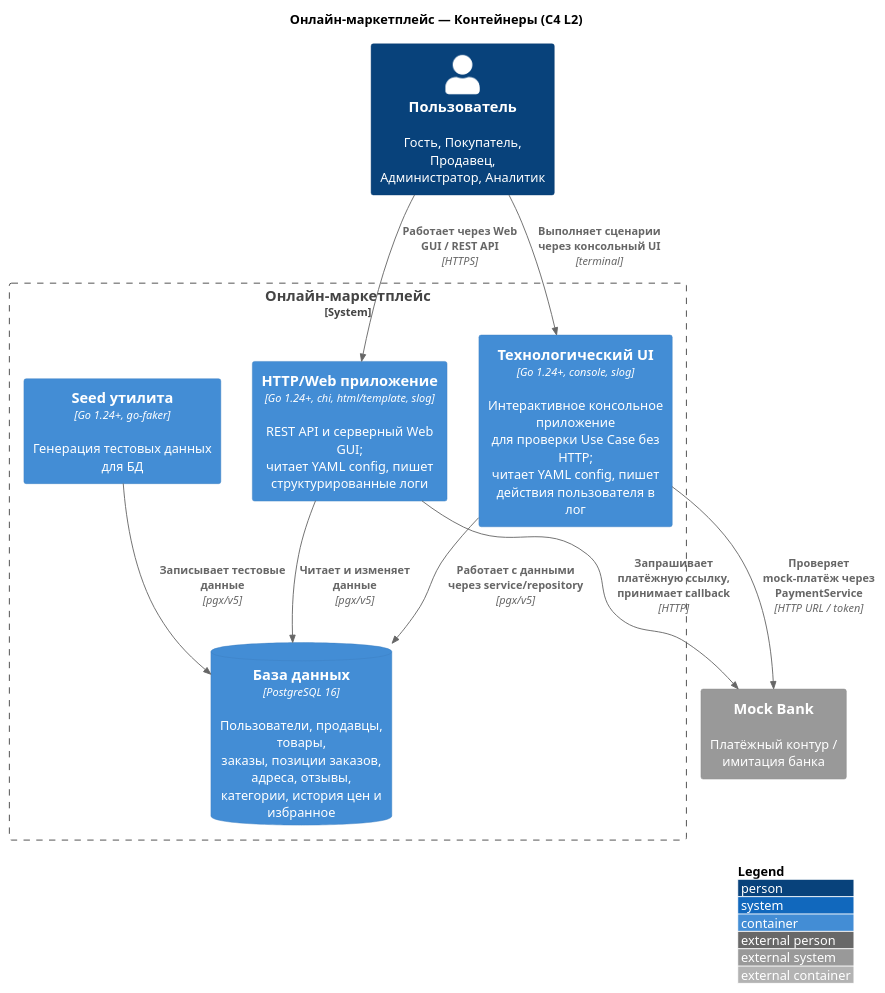
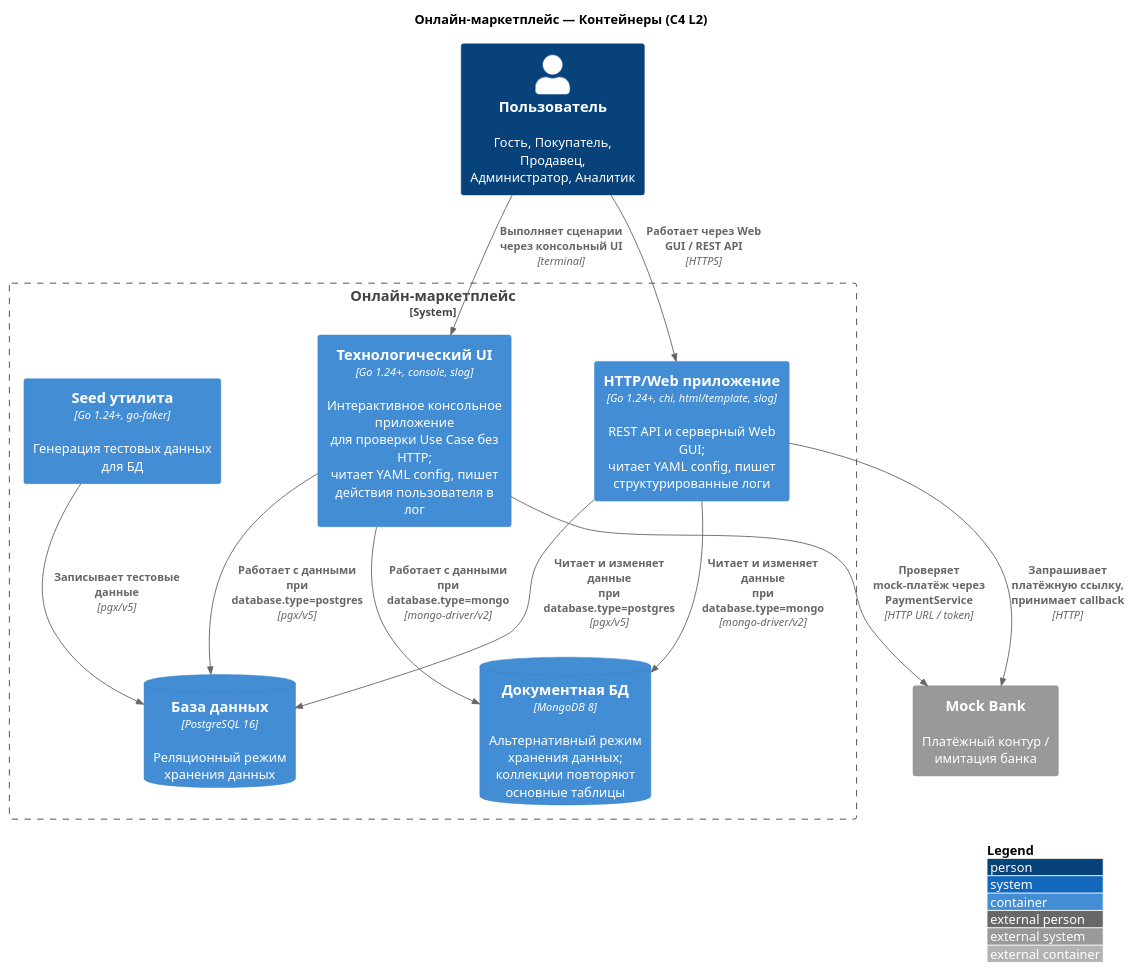
One commit to beastixq/marketplace changed the diagram in diagrams/src/C4_L2.puml. Above: the diagram before and after it, drawn with PlantUML. The commit also changed 31 other files, not shown here.

```diff
--- a/diagrams/src/C4_L2.puml
+++ b/diagrams/src/C4_L2.puml
@@ -1,29 +1,32 @@
 @startuml C4_L2
 !include <C4/C4_Container>
 
 title Онлайн-маркетплейс — Контейнеры (C4 L2)
 
 Person(webUser, "Пользователь", "Гость, Покупатель, Продавец,\nАдминистратор, Аналитик")
 
 System_Ext(bank, "Mock Bank", "Платёжный контур / имитация банка")
 
 System_Boundary(marketplace, "Онлайн-маркетплейс") {
     Container(api, "HTTP/Web приложение", "Go 1.24+, chi, html/template, slog", "REST API и серверный Web GUI;\nчитает YAML config, пишет структурированные логи")
     Container(techui, "Технологический UI", "Go 1.24+, console, slog", "Интерактивное консольное приложение\nдля проверки Use Case без HTTP;\nчитает YAML config, пишет действия пользователя в лог")
     Container(seed, "Seed утилита", "Go 1.24+, go-faker", "Генерация тестовых данных для БД")
-    ContainerDb(postgres, "База данных", "PostgreSQL 16", "Пользователи, продавцы, товары,\nзаказы, позиции заказов, адреса, отзывы,\nкатегории, история цен и избранное")
+    ContainerDb(postgres, "База данных", "PostgreSQL 16", "Реляционный режим хранения данных")
+    ContainerDb(mongo, "Документная БД", "MongoDB 8", "Альтернативный режим хранения данных;\nколлекции повторяют основные таблицы")
 }
 
 Rel(webUser, api, "Работает через Web GUI / REST API", "HTTPS")
 Rel(webUser, techui, "Выполняет сценарии через консольный UI", "terminal")
 
-Rel(api, postgres, "Читает и изменяет данные", "pgx/v5")
-Rel(techui, postgres, "Работает с данными через service/repository", "pgx/v5")
+Rel(api, postgres, "Читает и изменяет данные\nпри database.type=postgres", "pgx/v5")
+Rel(api, mongo, "Читает и изменяет данные\nпри database.type=mongo", "mongo-driver/v2")
+Rel(techui, postgres, "Работает с данными\nпри database.type=postgres", "pgx/v5")
+Rel(techui, mongo, "Работает с данными\nпри database.type=mongo", "mongo-driver/v2")
 Rel(seed, postgres, "Записывает тестовые данные", "pgx/v5")
 
 Rel(api, bank, "Запрашивает платёжную ссылку, принимает callback", "HTTP")
 Rel(techui, bank, "Проверяет mock-платёж через PaymentService", "HTTP URL / token")
 
 LAYOUT_WITH_LEGEND()
 
 @enduml
```
